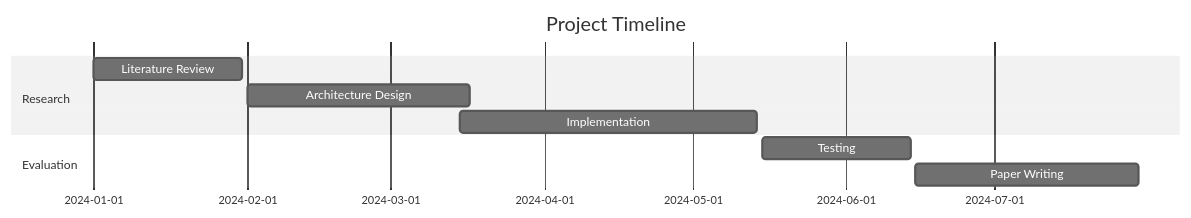
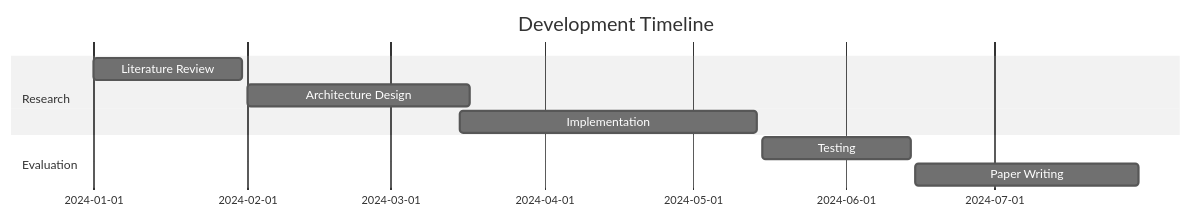
The third of 4 diagrams in README.md (ganesha360/ganesha360), drawn with Mermaid (neutral theme) before and after one commit. The commit also changed other lines of this file, not shown here.

````diff
--- a/README.md
+++ b/README.md
@@ -55,12 +79,12 @@
 ```mermaid
 gantt
-    title Project Timeline
+    title Development Timeline
     dateFormat  YYYY-MM-DD
     section Research
     Literature Review     :2024-01-01, 30d
     Architecture Design   :2024-02-01, 45d
     Implementation       :2024-03-15, 60d
     section Evaluation
     Testing              :2024-05-15, 30d
     Paper Writing        :2024-06-15, 45d
 ```
````
